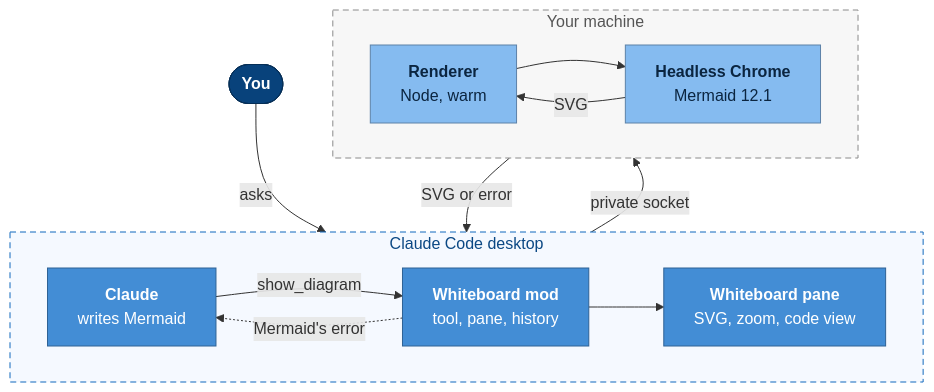
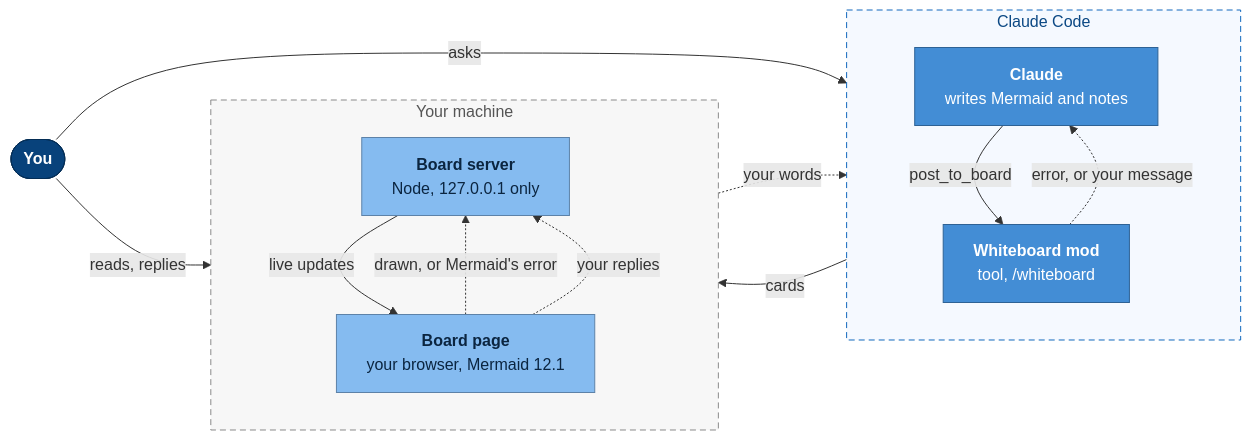
Before and after one commit to mazzucci/whiteboard: the first of 2 diagrams in README.md, drawn with Mermaid. The commit also changed other lines of this file and 6 other files, not shown here.

First line of the commit message:
README for 0.2: the board in the browser, sticky notes, colours by question

````diff
--- a/README.md
+++ b/README.md
@@ -46,38 +52,37 @@
 ```mermaid
-flowchart TB
+flowchart LR
   you(["`**You**`"])
-  subgraph cc["Claude Code desktop"]
-    direction LR
+  subgraph cc["Claude Code"]
+    direction TB
     claude["`**Claude**
-    writes Mermaid`"]
+    writes Mermaid and notes`"]
     mod["`**Whiteboard mod**
-    tool, pane, history`"]
-    pane["`**Whiteboard pane**
-    SVG, zoom, code view`"]
+    tool, /whiteboard`"]
   end
   subgraph host["Your machine"]
-    direction LR
-    renderd["`**Renderer**
-    Node, warm`"]
-    chrome["`**Headless Chrome**
-    Mermaid 12.1`"]
+    direction TB
+    server["`**Board server**
+    Node, 127.0.0.1 only`"]
+    page["`**Board page**
+    your browser, Mermaid 12.1`"]
   end
 
   you -- asks --> claude
-  claude -- "show_diagram" --> mod
-  mod -- "private socket" --> renderd
-  renderd --> chrome
-  chrome -- SVG --> renderd
-  renderd -- "SVG or error" --> mod
-  mod --> pane
-  mod -. "Mermaid's error" .-> claude
+  claude -- "post_to_board" --> mod
+  mod -- "cards" --> server
+  server -- "live updates" --> page
+  page -. "drawn, or Mermaid's error" .-> server
+  page -. "your replies" .-> server
+  server -. "your words" .-> mod
+  mod -. "error, or your message" .-> claude
+  you -- "reads, replies" --> page
 
   classDef person fill:#08427b,stroke:#052e56,color:#ffffff
   classDef part fill:#438dd5,stroke:#2e6295,color:#ffffff
   classDef local fill:#85bbf0,stroke:#5d82a8,color:#0b2540
   class you person
-  class claude,mod,pane part
-  class renderd,chrome local
+  class claude,mod part
+  class server,page local
   style cc fill:#f5f9ff,stroke:#1168bd,stroke-dasharray:6 4,color:#0b4884
   style host fill:#f7f7f7,stroke:#8a8a8a,stroke-dasharray:6 4,color:#555555
 ```
````
